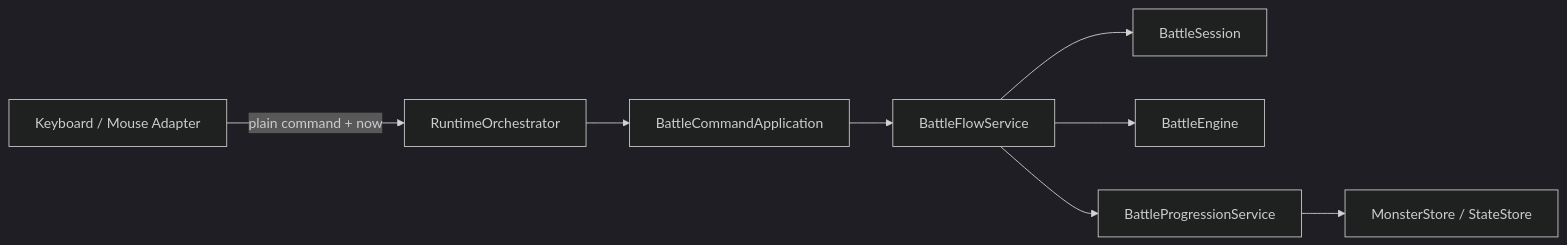
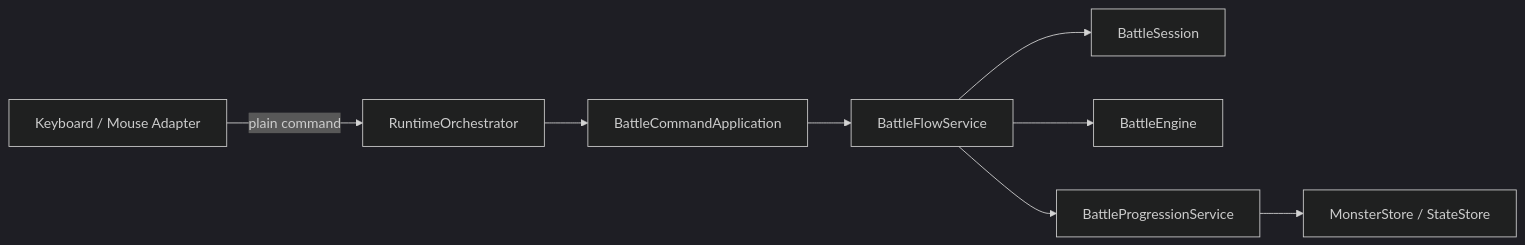
Before and after one commit to tomiya7688/kadoka_quest: the first of 2 diagrams in docs/戦闘セッション責務分離機能説明書.md, drawn with Mermaid (dark theme). The commit also changed other lines of this file, not shown here.

Commit message:
docs: clarify battle runtime tick compatibility

````diff
--- a/docs/戦闘セッション責務分離機能説明書.md
+++ b/docs/戦闘セッション責務分離機能説明書.md
@@ -23,10 +23,10 @@
 ```mermaid
 flowchart LR
-    I[Keyboard / Mouse Adapter] -->|plain command + now| O[RuntimeOrchestrator]
+    I[Keyboard / Mouse Adapter] -->|plain command| O[RuntimeOrchestrator]
     O --> A[BattleCommandApplication]
     A --> F[BattleFlowService]
     F --> S[BattleSession]
     F --> E[BattleEngine]
     F --> P[BattleProgressionService]
     P --> D[MonsterStore / StateStore]
 ```
````
